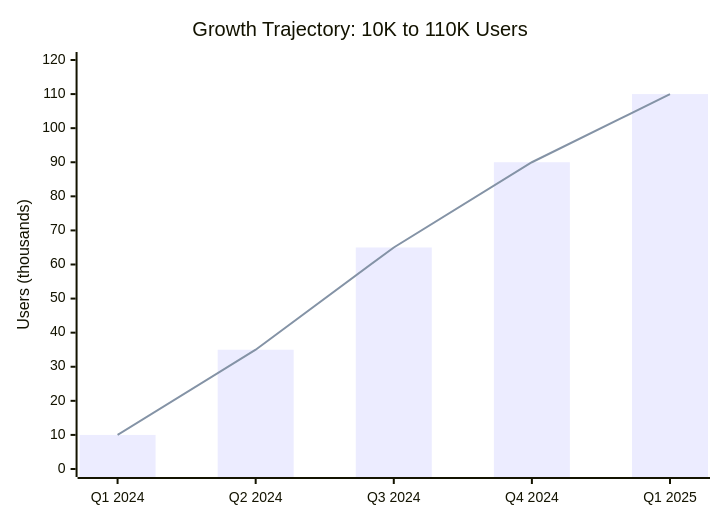
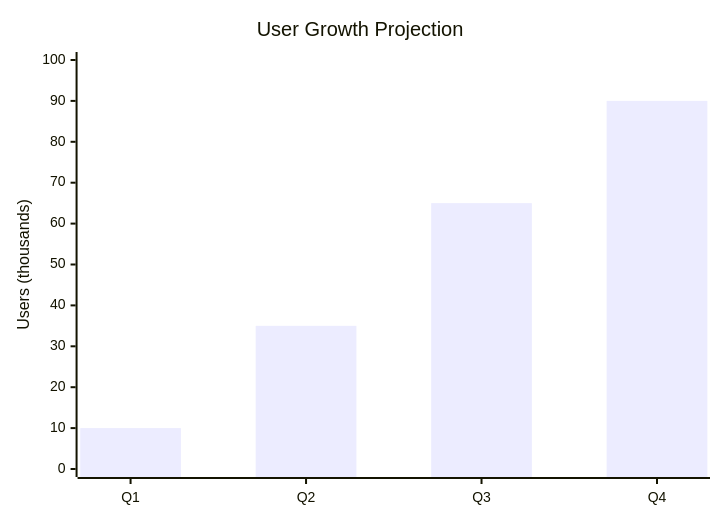
The seventh of 8 diagrams in README.md (Iceman-Dann/Medly), drawn with Mermaid before and after one commit. The commit also changed other lines of this file, not shown here.

````diff
--- a/README.md
+++ b/README.md
@@ -155,8 +103,7 @@
 ```mermaid
 xychart-beta
-    title "Growth Trajectory: 10K to 110K Users"
-    x-axis ["Q1 2024", "Q2 2024", "Q3 2024", "Q4 2024", "Q1 2025"]
-    y-axis "Users (thousands)" 0 --> 120
-    bar [10, 35, 65, 90, 110]
-    line [10, 35, 65, 90, 110]
+    title "User Growth Projection"
+    x-axis ["Q1", "Q2", "Q3", "Q4"]
+    y-axis "Users (thousands)" 0 --> 100
+    bar [10, 35, 65, 90]
 ```
````
